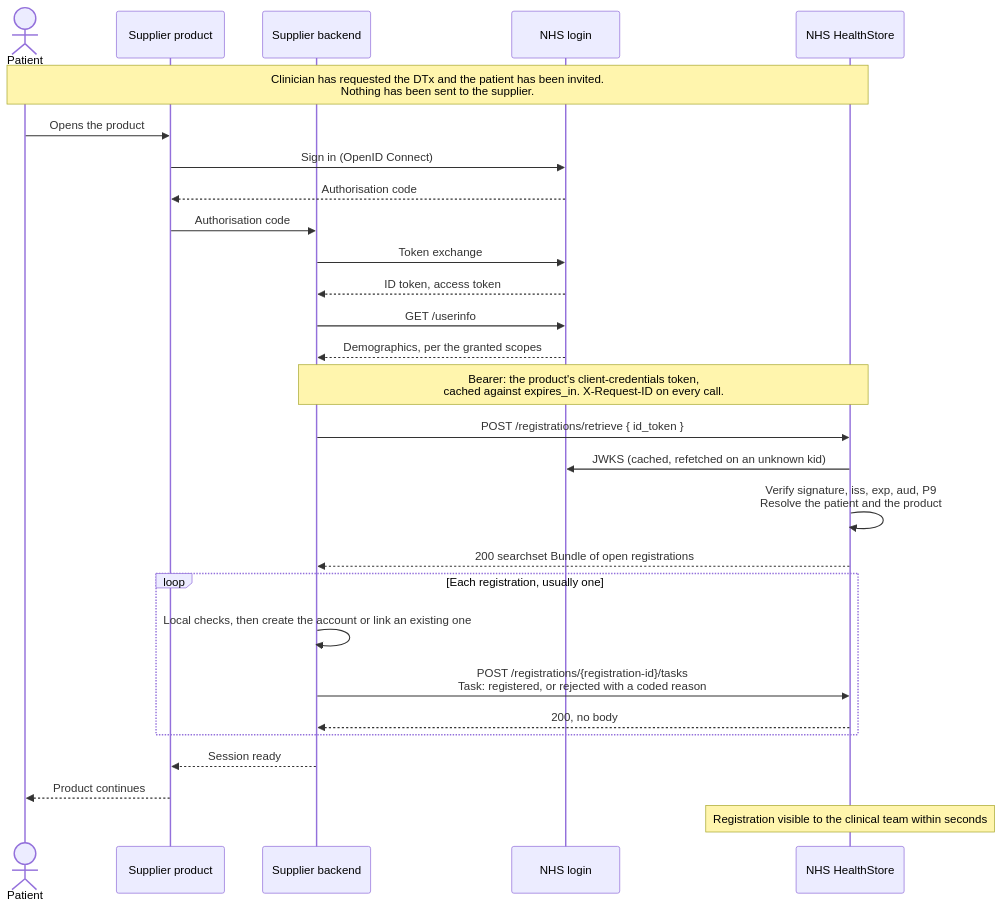
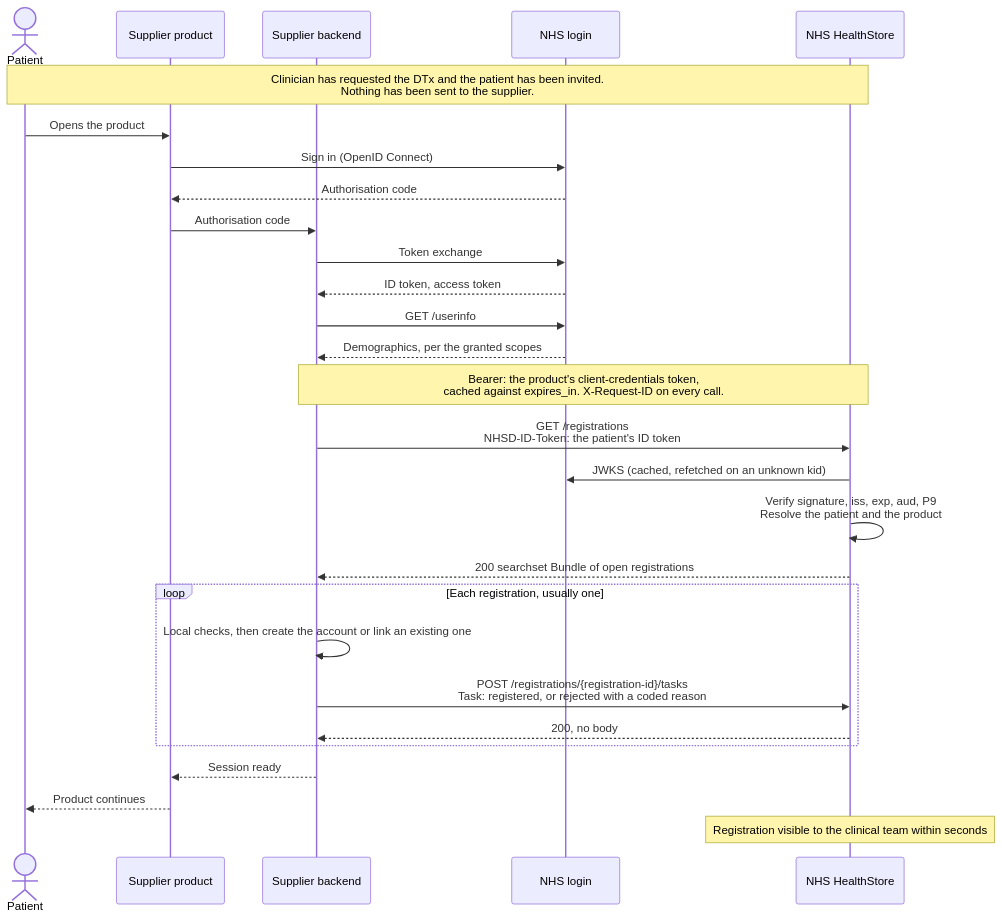
Before and after one commit to NHSDigital/healthstore-dtx-supplier-integration-framework: the diagram in docs/registration-api/registration-sequence.mmd, drawn with Mermaid. The commit also changed 14 other files, not shown here.

First line of the commit message:
DTX-1252: retrieve becomes GET /registrations with the ID token as NHSD-ID-Token

```diff
--- a/docs/registration-api/registration-sequence.mmd
+++ b/docs/registration-api/registration-sequence.mmd
@@ -1,35 +1,35 @@
 sequenceDiagram
     actor Patient
     participant App as Supplier product
     participant Backend as Supplier backend
     participant NHSLogin as NHS login
     participant HealthStore as NHS HealthStore
 
     Note over Patient,HealthStore: Clinician has requested the DTx and the patient has been invited.<br/>Nothing has been sent to the supplier.
 
     Patient->>App: Opens the product
     App->>NHSLogin: Sign in (OpenID Connect)
     NHSLogin-->>App: Authorisation code
     App->>Backend: Authorisation code
     Backend->>NHSLogin: Token exchange
     NHSLogin-->>Backend: ID token, access token
     Backend->>NHSLogin: GET /userinfo
     NHSLogin-->>Backend: Demographics, per the granted scopes
 
     Note over Backend,HealthStore: Bearer: the product's client-credentials token,<br/>cached against expires_in. X-Request-ID on every call.
 
-    Backend->>HealthStore: POST /registrations/retrieve { id_token }
+    Backend->>HealthStore: GET /registrations<br/>NHSD-ID-Token: the patient's ID token
     HealthStore->>NHSLogin: JWKS (cached, refetched on an unknown kid)
     HealthStore->>HealthStore: Verify signature, iss, exp, aud, P9<br/>Resolve the patient and the product
     HealthStore-->>Backend: 200 searchset Bundle of open registrations
 
     loop Each registration, usually one
         Backend->>Backend: Local checks, then create the account or link an existing one
         Backend->>HealthStore: POST /registrations/{registration-id}/tasks<br/>Task: registered, or rejected with a coded reason
         HealthStore-->>Backend: 200, no body
     end
 
     Backend-->>App: Session ready
     App-->>Patient: Product continues
 
     Note over HealthStore: Registration visible to the clinical team within seconds
```
